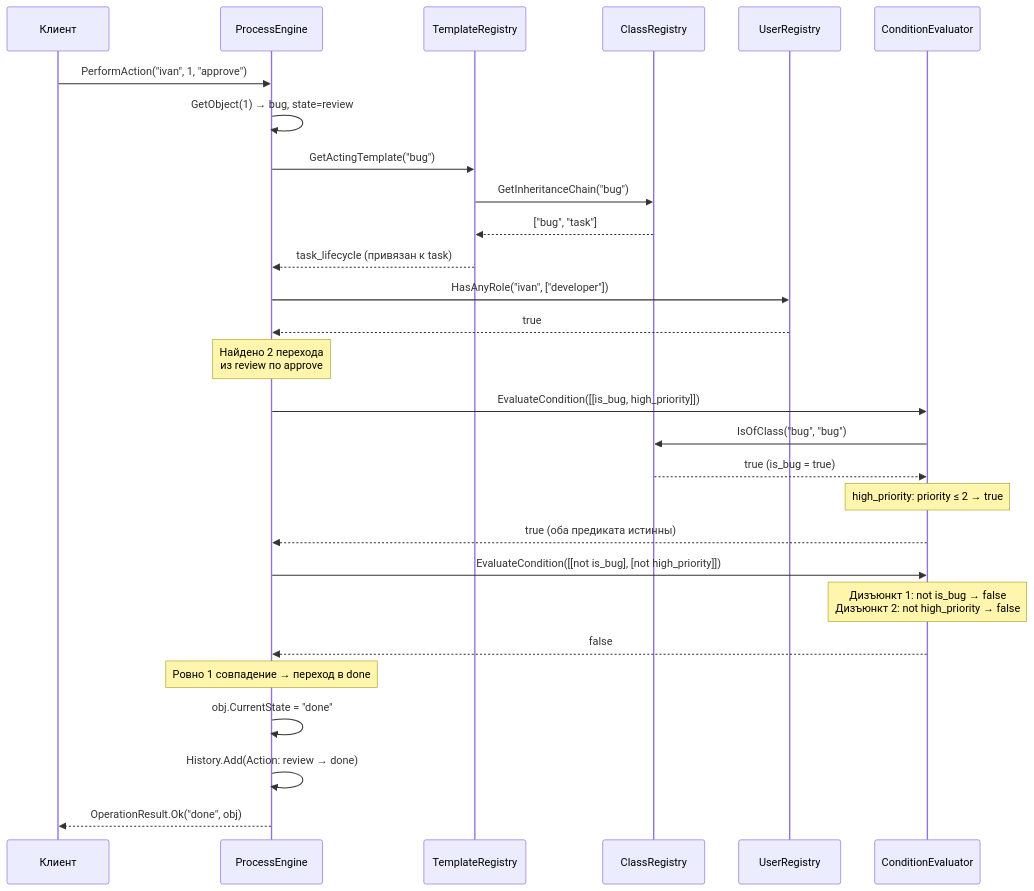
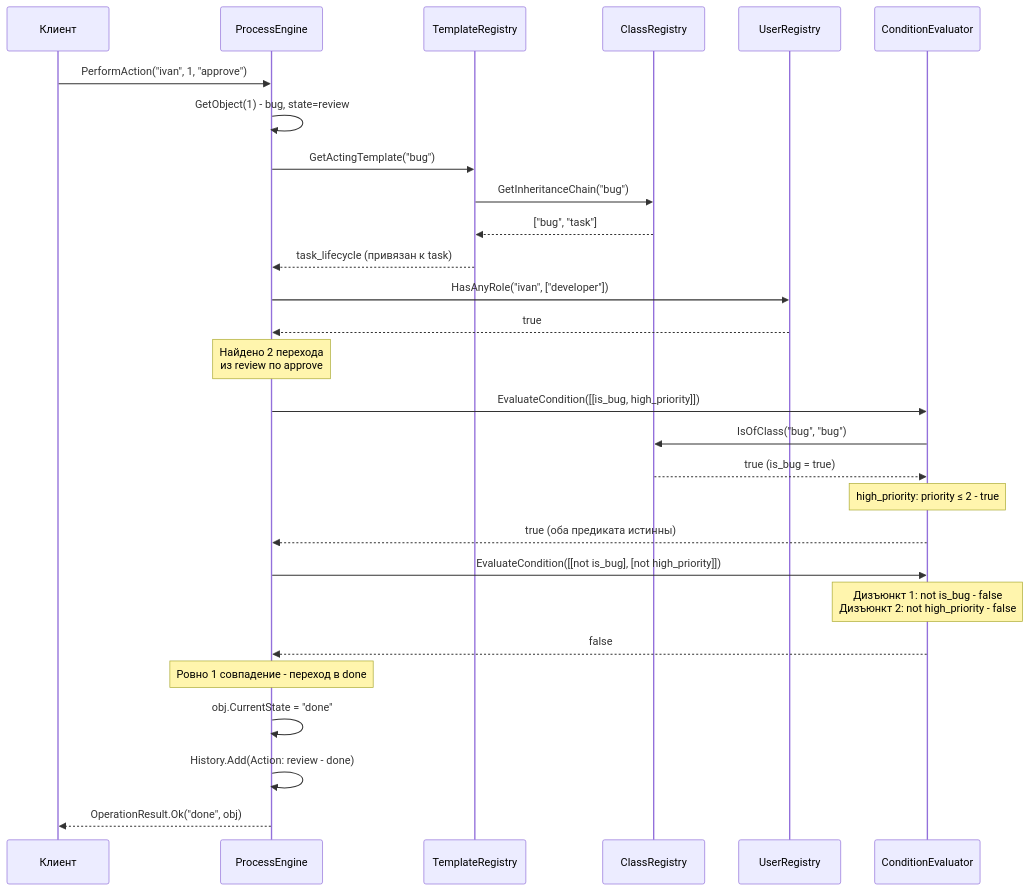
The third of 4 diagrams in README.md (AntonMikityuk/MOiPIS-Labs), drawn with Mermaid before and after one commit. The commit also changed other lines of this file, not shown here.

````diff
--- a/README.md
+++ b/README.md
@@ -342,31 +319,31 @@
 ```mermaid
 sequenceDiagram
     participant C as Клиент
     participant PE as ProcessEngine
     participant TR as TemplateRegistry
     participant CR as ClassRegistry
     participant UR as UserRegistry
     participant CE as ConditionEvaluator
 
     C->>PE: PerformAction("ivan", 1, "approve")
-    PE->>PE: GetObject(1) → bug, state=review
+    PE->>PE: GetObject(1) - bug, state=review
     PE->>TR: GetActingTemplate("bug")
     TR->>CR: GetInheritanceChain("bug")
     CR-->>TR: ["bug", "task"]
     TR-->>PE: task_lifecycle (привязан к task)
     PE->>UR: HasAnyRole("ivan", ["developer"])
     UR-->>PE: true
     Note over PE: Найдено 2 перехода<br/>из review по approve
     PE->>CE: EvaluateCondition([[is_bug, high_priority]])
     CE->>CR: IsOfClass("bug", "bug")
     CR-->>CE: true (is_bug = true)
-    Note over CE: high_priority: priority ≤ 2 → true
+    Note over CE: high_priority: priority ≤ 2 - true
     CE-->>PE: true (оба предиката истинны)
     PE->>CE: EvaluateCondition([[not is_bug], [not high_priority]])
-    Note over CE: Дизъюнкт 1: not is_bug → false<br/>Дизъюнкт 2: not high_priority → false
+    Note over CE: Дизъюнкт 1: not is_bug - false<br/>Дизъюнкт 2: not high_priority - false
     CE-->>PE: false
-    Note over PE: Ровно 1 совпадение → переход в done
+    Note over PE: Ровно 1 совпадение - переход в done
     PE->>PE: obj.CurrentState = "done"
-    PE->>PE: History.Add(Action: review → done)
+    PE->>PE: History.Add(Action: review - done)
     PE-->>C: OperationResult.Ok("done", obj)
 ```
````
